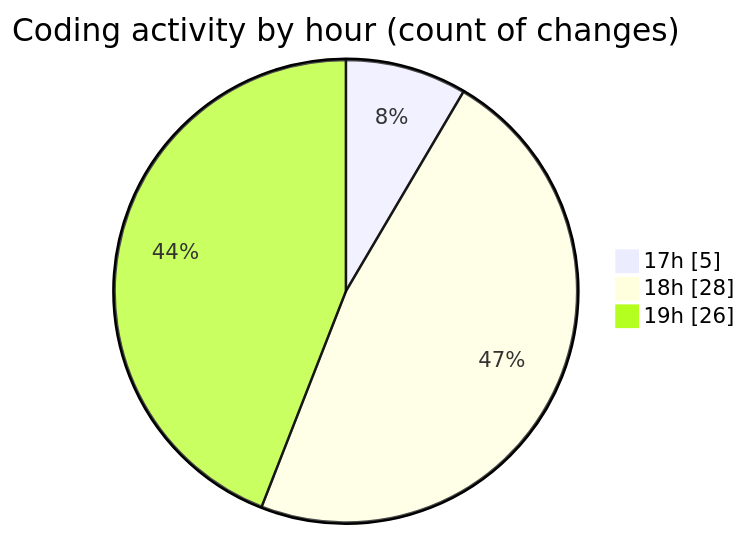
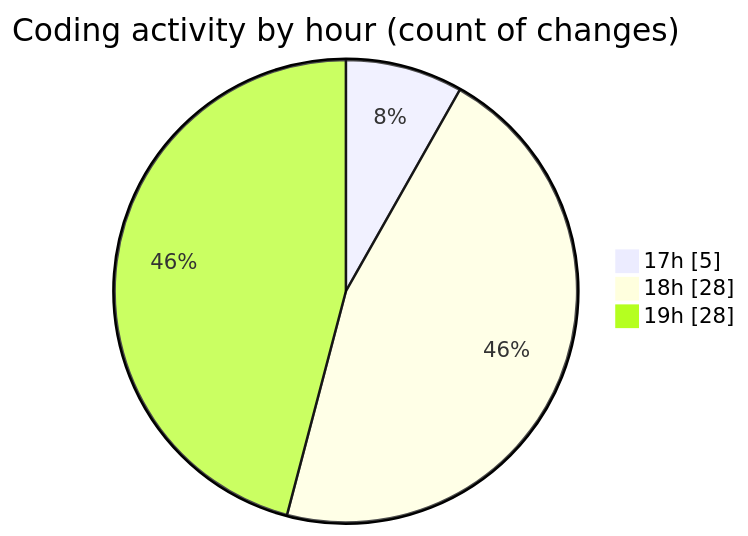
One commit to donsfak/code-tracking changed the second of 2 diagrams in 2025-01-01/uber_clone/README.md. Above: the diagram before and after it, drawn with Mermaid. The commit also changed other lines of this file and 1 other file, not shown here.

````diff
--- a/2025-01-01/uber_clone/README.md
+++ b/2025-01-01/uber_clone/README.md
@@ -41,7 +41,7 @@
 ```mermaid
 pie showData
 title Coding activity by hour (count of changes)
 "17h" : 5
 "18h" : 28
-"19h" : 26
+"19h" : 28
 ```
````
